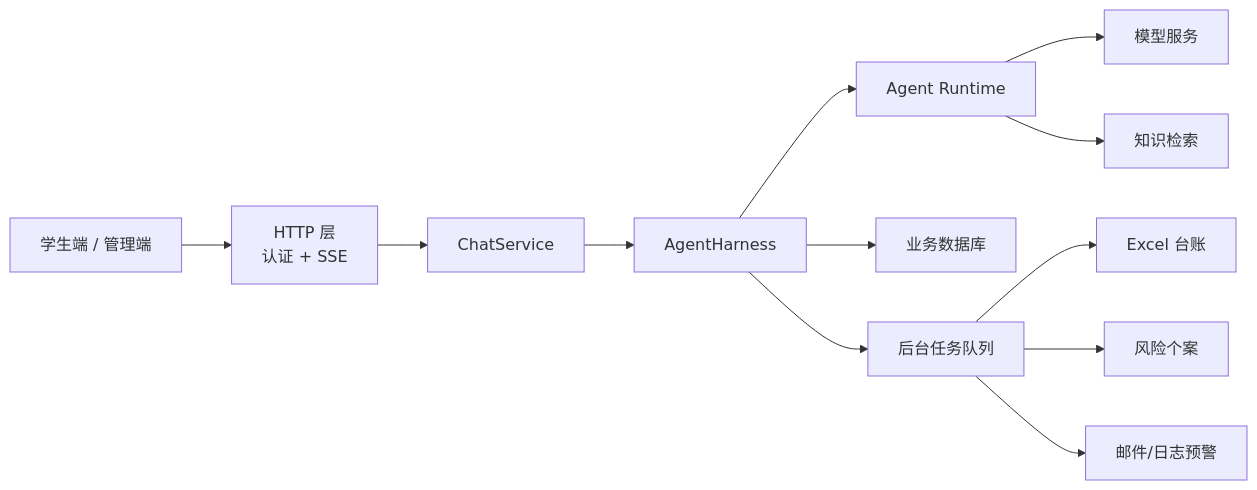
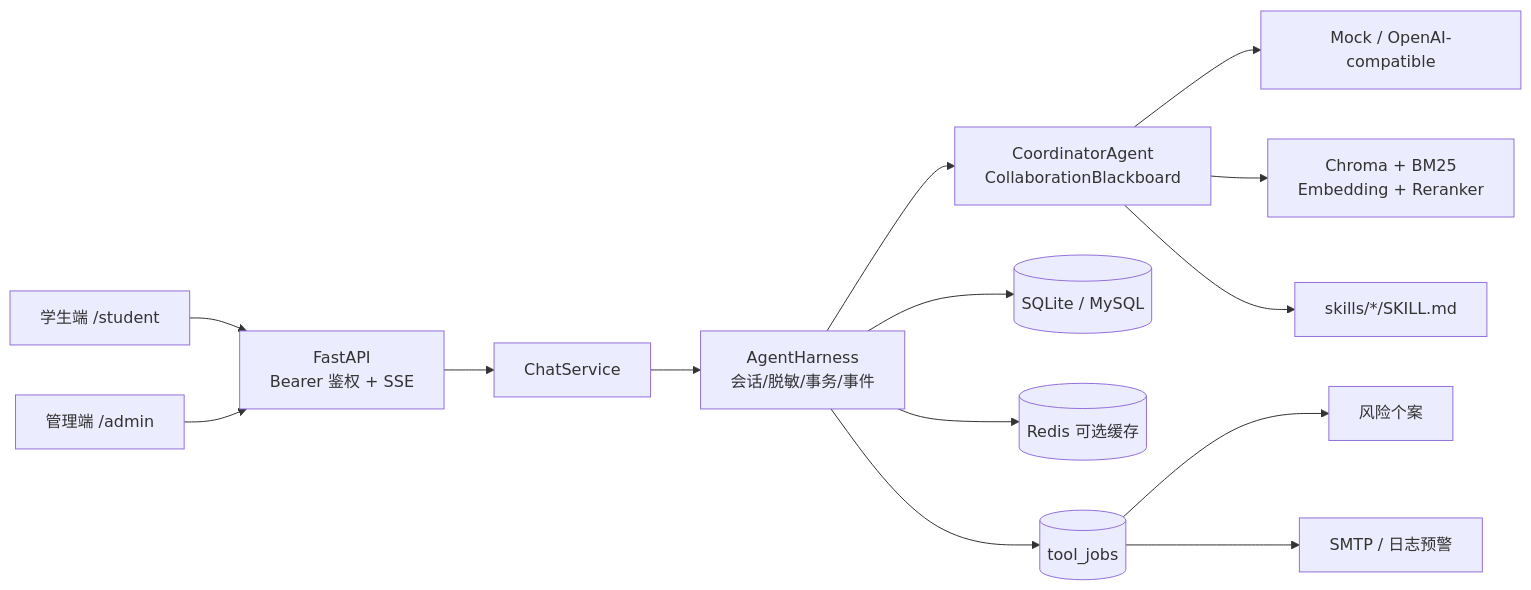
Before and after one commit to zlff003/MindNook: the diagram in docs/TECHNICAL.md, drawn with Mermaid. The commit also changed other lines of this file and 29 other files, not shown here.

````diff
--- a/docs/TECHNICAL.md
+++ b/docs/TECHNICAL.md
@@ -30,14 +32,16 @@
 ```mermaid
 flowchart LR
-    A[学生端 / 管理端] --> B[HTTP 层<br/>认证 + SSE]
-    B --> C[ChatService]
-    C --> D[AgentHarness]
-    D --> E[Agent Runtime]
-    E --> F[模型服务]
-    E --> K[知识检索]
-    D --> G[业务数据库]
-    D --> H[后台任务队列]
-    H --> I[Excel 台账]
-    H --> J[风险个案]
-    H --> L[邮件/日志预警]
+    Student[学生端 /student] --> API[FastAPI<br/>Bearer 鉴权 + SSE]
+    Admin[管理端 /admin] --> API
+    API --> Chat[ChatService]
+    Chat --> Harness[AgentHarness<br/>会话/脱敏/事务/事件]
+    Harness --> Runtime[CoordinatorAgent<br/>CollaborationBlackboard]
+    Runtime --> Model[Mock / OpenAI-compatible]
+    Runtime --> RAG[Chroma + BM25<br/>Embedding + Reranker]
+    Runtime --> Skills[skills/*/SKILL.md]
+    Harness --> DB[(SQLite / MySQL)]
+    Harness --> Memory[(Redis 可选缓存)]
+    Harness --> Queue[(tool_jobs)]
+    Queue --> Cases[风险个案]
+    Queue --> Alerts[SMTP / 日志预警]
 ```
````
